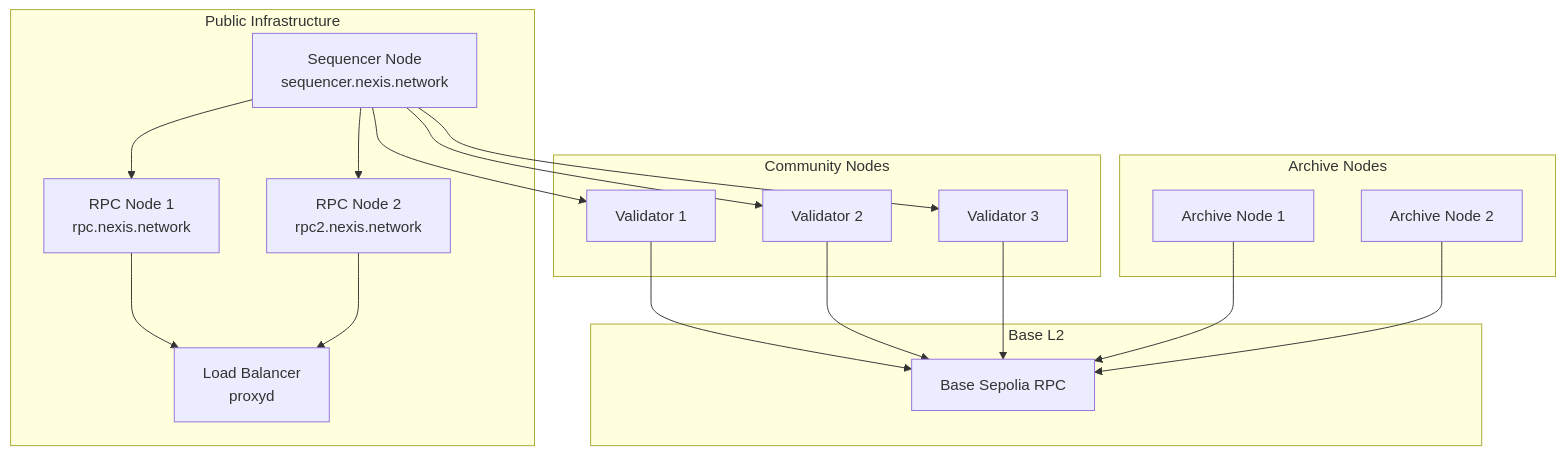
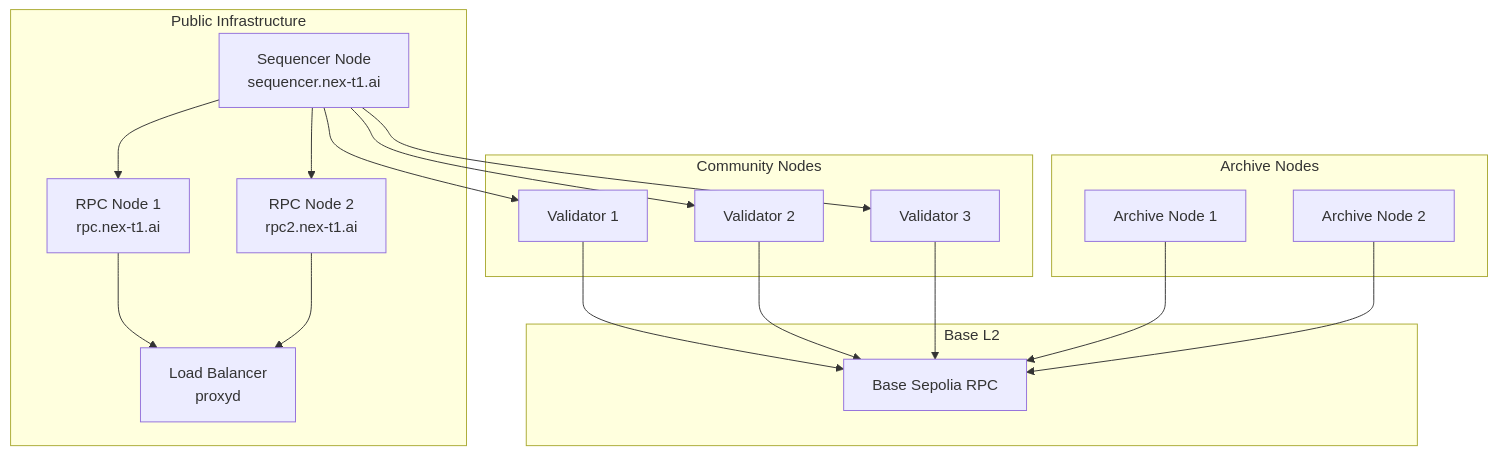
The third of 3 diagrams in infrastructure/overview.mdx (nexisdev/mintlify-docs), drawn with Mermaid before and after one commit. The commit also changed other lines of this file and 34 other files, not shown here.

````diff
--- a/infrastructure/overview.mdx
+++ b/infrastructure/overview.mdx
@@ -446,40 +446,40 @@
 ```mermaid
 graph TB
     subgraph "Public Infrastructure"
-        SEQ[Sequencer Node<br/>sequencer.nexis.network]
-        RPC1[RPC Node 1<br/>rpc.nexis.network]
-        RPC2[RPC Node 2<br/>rpc2.nexis.network]
+        SEQ[Sequencer Node<br/>sequencer.nex-t1.ai]
+        RPC1[RPC Node 1<br/>rpc.nex-t1.ai]
+        RPC2[RPC Node 2<br/>rpc2.nex-t1.ai]
         LB[Load Balancer<br/>proxyd]
     end
 
     subgraph "Community Nodes"
         VAL1[Validator 1]
         VAL2[Validator 2]
         VAL3[Validator 3]
     end
 
     subgraph "Archive Nodes"
         ARCH1[Archive Node 1]
         ARCH2[Archive Node 2]
     end
 
     subgraph "Base L2"
         BASE[Base Sepolia RPC]
     end
 
     SEQ --> RPC1
     SEQ --> RPC2
     SEQ --> VAL1
     SEQ --> VAL2
     SEQ --> VAL3
 
     RPC1 --> LB
     RPC2 --> LB
 
     VAL1 --> BASE
     VAL2 --> BASE
     VAL3 --> BASE
 
     ARCH1 --> BASE
     ARCH2 --> BASE
 ```
````
